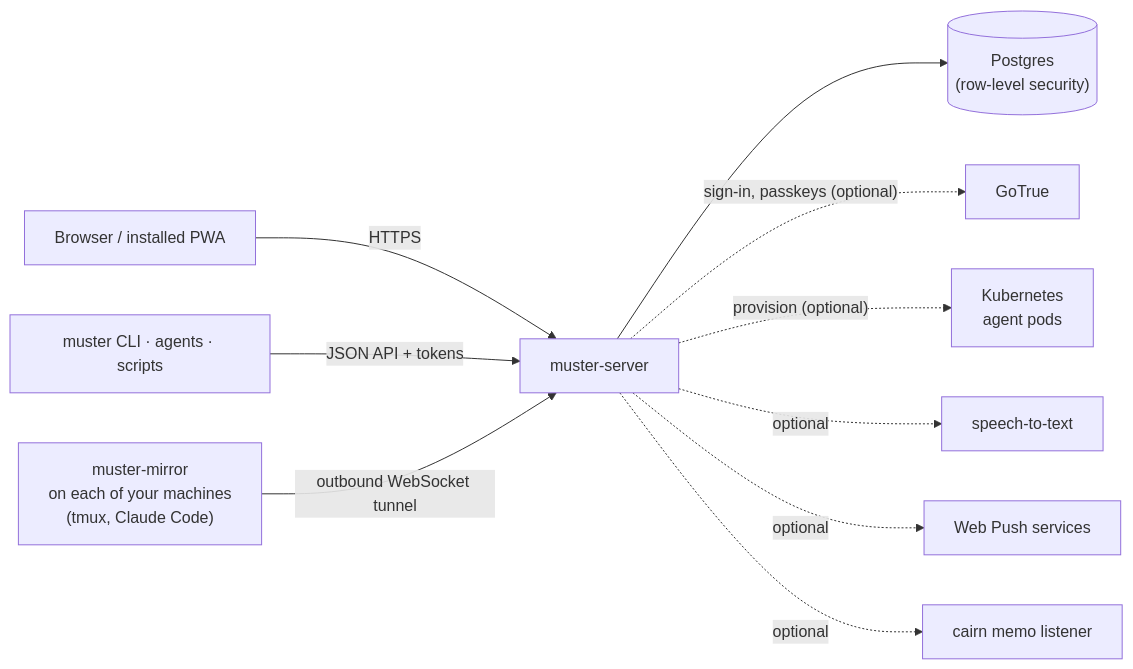
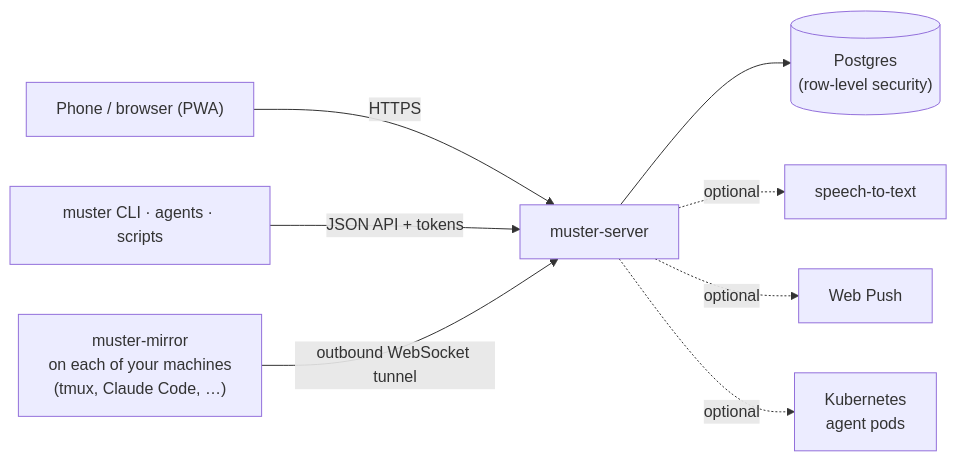
Before and after one commit to ZacxDev/muster: the diagram in README.md, drawn with Mermaid. The commit also changed other lines of this file and 19 other files, not shown here.

````diff
--- a/README.md
+++ b/README.md
@@ -99,12 +99,10 @@
 ```mermaid
 flowchart LR
-  browser["Browser / installed PWA"] -->|HTTPS| server["muster-server"]
+  browser["Phone / browser (PWA)"] -->|HTTPS| server["muster-server"]
   cli["muster CLI · agents · scripts"] -->|JSON API + tokens| server
   server --> pg[("Postgres<br/>(row-level security)")]
-  server -.->|"sign-in, passkeys (optional)"| gotrue["GoTrue"]
-  host["muster-mirror<br/>on each of your machines<br/>(tmux, Claude Code)"] -->|"outbound WebSocket tunnel"| server
-  server -.->|"provision (optional)"| k8s["Kubernetes<br/>agent pods"]
+  host["muster-mirror<br/>on each of your machines<br/>(tmux, Claude Code, …)"] -->|"outbound WebSocket tunnel"| server
   server -.->|optional| stt["speech-to-text"]
-  server -.->|optional| push["Web Push services"]
-  server -.->|optional| cairn["cairn memo listener"]
+  server -.->|optional| push["Web Push"]
+  server -.->|"optional"| k8s["Kubernetes<br/>agent pods"]
 ```
````
